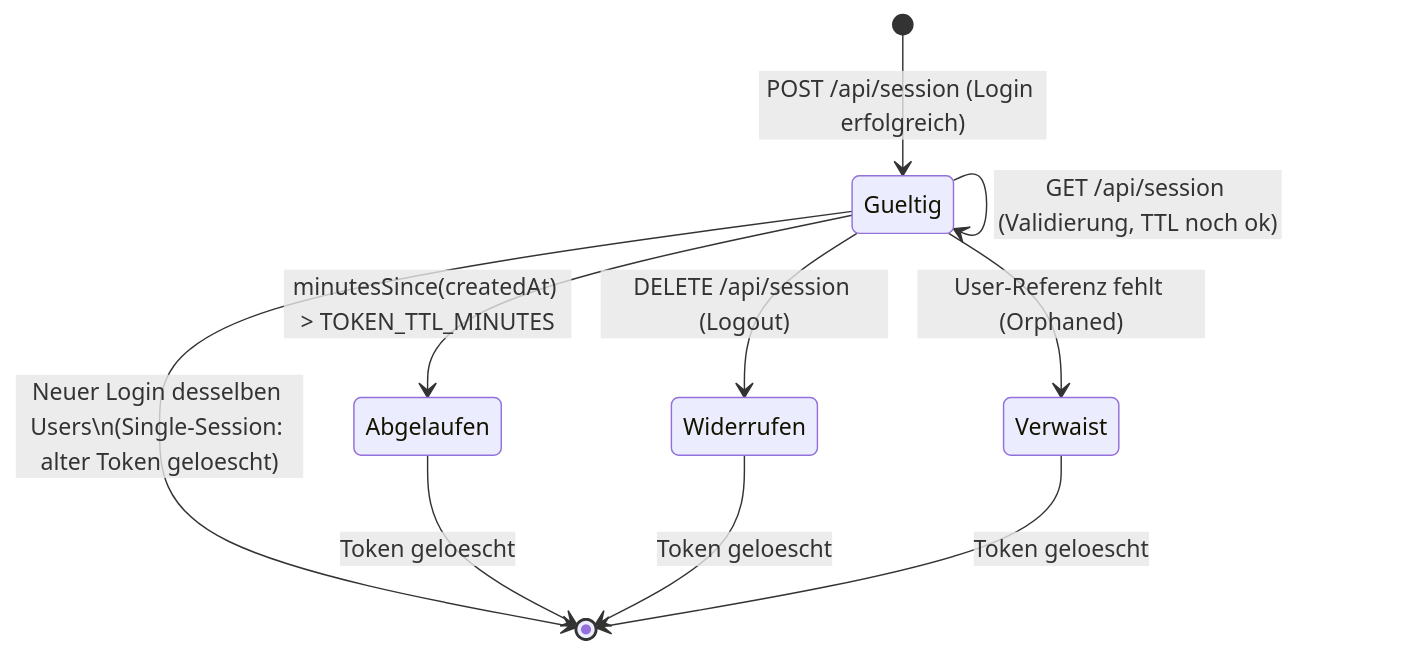
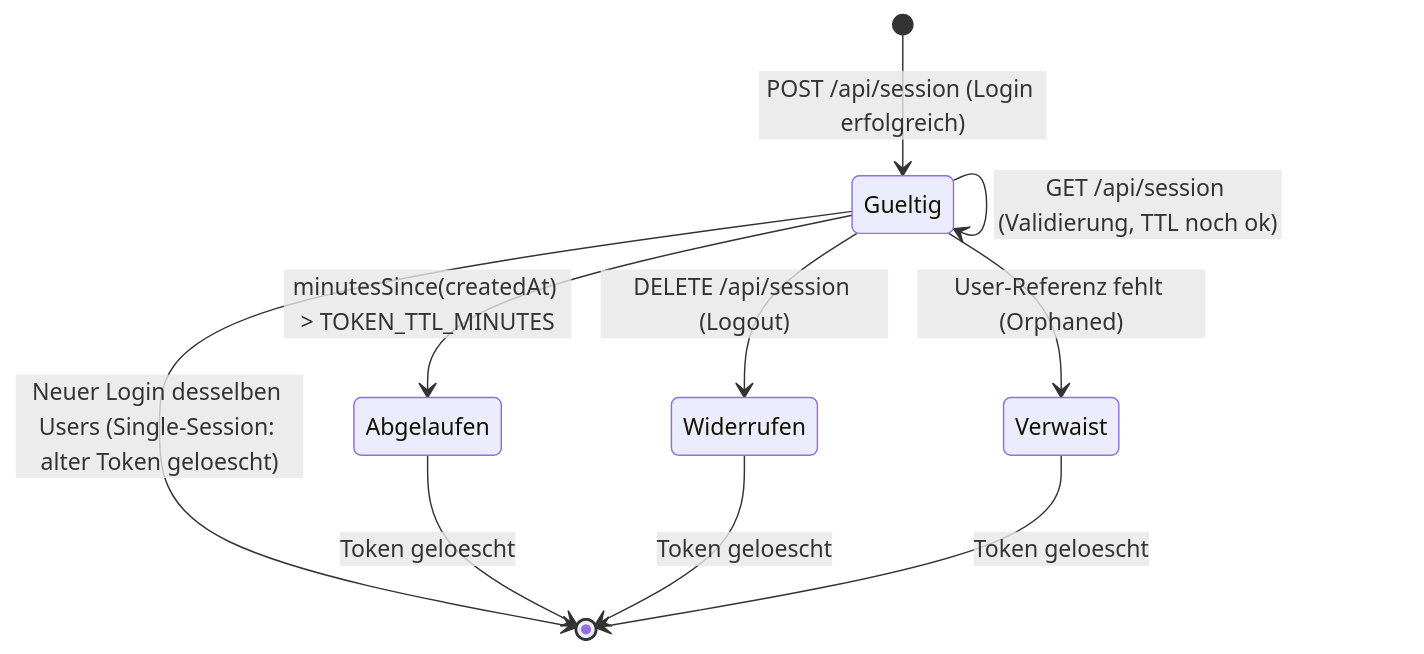
The second of 11 diagrams in docs/domain/USER_MANAGEMENT.md (g8rdier/urban-flow-governance), drawn with Mermaid before and after one commit. The commit also changed other lines of this file, not shown here.

Commit message:
fix: Fixed new lines in mermaid diagram

````diff
--- a/docs/domain/USER_MANAGEMENT.md
+++ b/docs/domain/USER_MANAGEMENT.md
@@ -63,14 +63,14 @@
 ```mermaid
 stateDiagram-v2
     [*] --> Gueltig : POST /api/session (Login erfolgreich)
 
     Gueltig --> Abgelaufen : minutesSince(createdAt) > TOKEN_TTL_MINUTES
     Gueltig --> Widerrufen : DELETE /api/session (Logout)
     Gueltig --> Verwaist : User-Referenz fehlt (Orphaned)
     Gueltig --> Gueltig : GET /api/session (Validierung, TTL noch ok)
-    Gueltig --> [*] : Neuer Login desselben Users\n(Single-Session: alter Token geloescht)
+    Gueltig --> [*] : Neuer Login desselben Users (Single-Session: alter Token geloescht)
 
     Abgelaufen --> [*] : Token geloescht
     Widerrufen --> [*] : Token geloescht
     Verwaist --> [*] : Token geloescht
 ```
````
